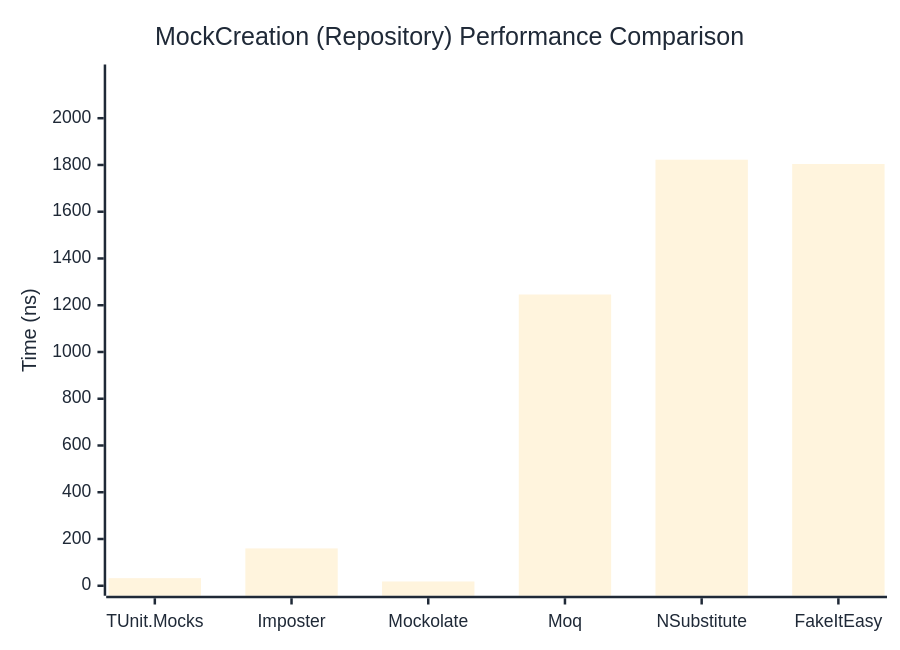
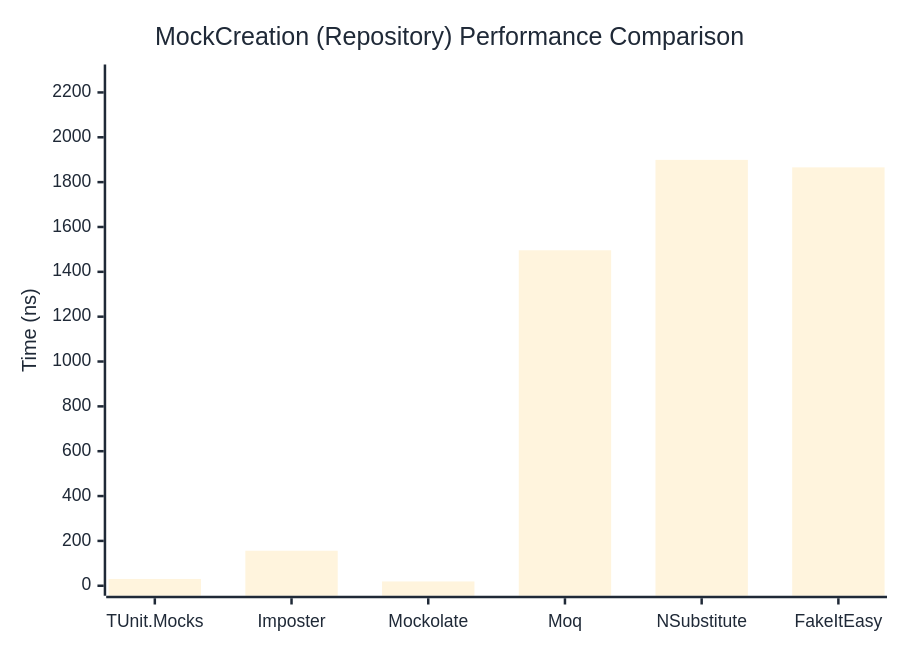
The second of 2 diagrams in docs/docs/benchmarks/mocks/MockCreation.md (thomhurst/TUnit), drawn with Mermaid before and after one commit. The commit also changed other lines of this file and 14 other files, not shown here.

````diff
--- a/docs/docs/benchmarks/mocks/MockCreation.md
+++ b/docs/docs/benchmarks/mocks/MockCreation.md
@@ -71,27 +71,27 @@
 ```mermaid
 %%{init: {
   'theme':'base',
   'themeVariables': {
     'primaryColor': '#2563eb',
     'primaryTextColor': '#1f2937',
     'primaryBorderColor': '#1e40af',
     'lineColor': '#6b7280',
     'secondaryColor': '#7c3aed',
     'tertiaryColor': '#dc2626',
     'background': '#ffffff',
     'pie1': '#2563eb',
     'pie2': '#7c3aed',
     'pie3': '#dc2626',
     'pie4': '#f59e0b',
     'pie5': '#10b981',
     'pie6': '#06b6d4',
     'pie7': '#ec4899',
     'pie8': '#6366f1'
   }
 }}%%
 xychart-beta
   title "MockCreation (Repository) Performance Comparison"
   x-axis ["TUnit.Mocks", "Imposter", "Mockolate", "Moq", "NSubstitute", "FakeItEasy"]
-  y-axis "Time (ns)" 0 --> 2187
-  bar [32.51, 159.75, 18.23, 1245.89, 1822.5, 1804.2]
+  y-axis "Time (ns)" 0 --> 2280
+  bar [30.25, 156.2, 19.24, 1496.07, 1899.24, 1865.93]
 ```
````
